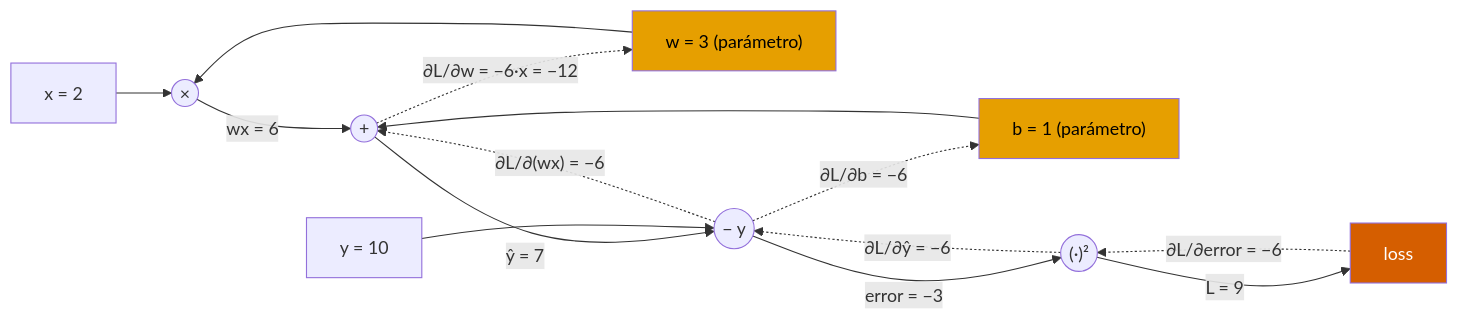
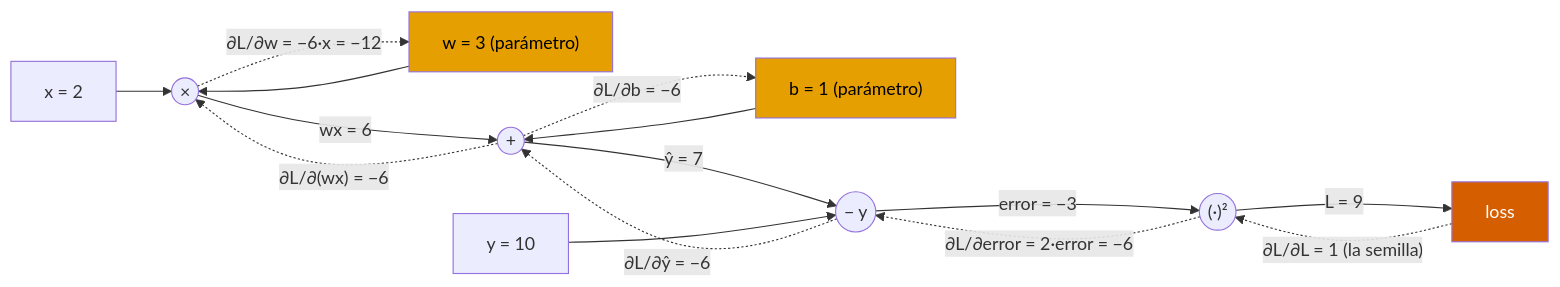
One commit to felmco/deeplearning-class changed the second of 3 diagrams in sesiones/01-fundamentos.md. Above: the diagram before and after it, drawn with Mermaid. The commit also changed other lines of this file and 14 other files, not shown here.

````diff
--- a/sesiones/01-fundamentos.md
+++ b/sesiones/01-fundamentos.md
@@ -476,21 +476,22 @@
 ```mermaid
 flowchart LR
     x["x = 2"] --> M(("×"))
     w["w = 3 (parámetro)"] --> M
     M -->|"wx = 6"| S(("+"))
     b["b = 1 (parámetro)"] --> S
     S -->|"ŷ = 7"| R(("− y"))
     y["y = 10"] --> R
     R -->|"error = −3"| Q(("(·)²"))
     Q -->|"L = 9"| L["loss"]
 
-    L -.->|"∂L/∂error = −6"| Q
-    Q -.->|"∂L/∂ŷ = −6"| R
-    R -.->|"∂L/∂b = −6"| b
-    R -.->|"∂L/∂(wx) = −6"| S
-    S -.->|"∂L/∂w = −6·x = −12"| w
+    L -.->|"∂L/∂L = 1 (la semilla)"| Q
+    Q -.->|"∂L/∂error = 2·error = −6"| R
+    R -.->|"∂L/∂ŷ = −6"| S
+    S -.->|"∂L/∂b = −6"| b
+    S -.->|"∂L/∂(wx) = −6"| M
+    M -.->|"∂L/∂w = −6·x = −12"| w
 
     style w fill:#E69F00,color:#000
     style b fill:#E69F00,color:#000
     style L fill:#D55E00,color:#fff
 ```
````
